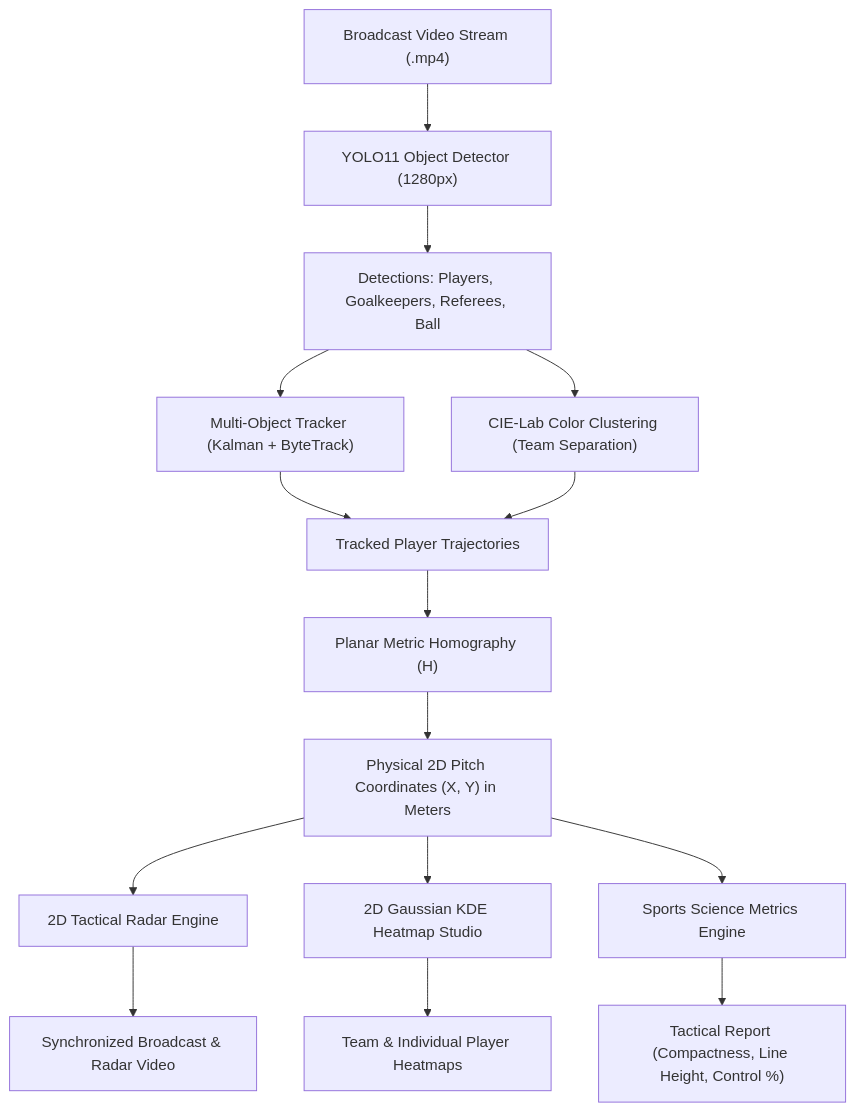
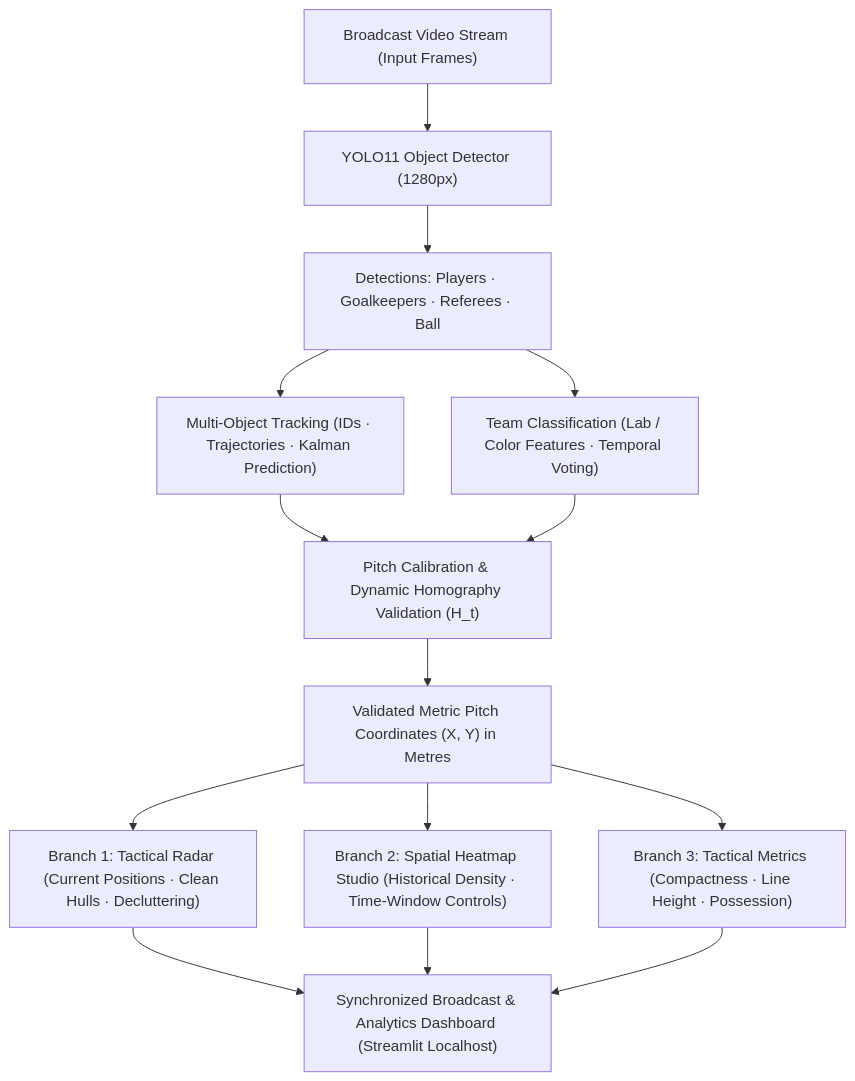
One commit to parthbompilwar-lang/ODS changed the diagram in TACTICAL_RADAR_PROJECT_REPORT.md. Above: the diagram before and after it, drawn with Mermaid. The commit also changed other lines of this file and 4 other files, not shown here.

Commit message:
feat: complete professional tactical radar, dynamic pitch tracking, and report

````diff
--- a/TACTICAL_RADAR_PROJECT_REPORT.md
+++ b/TACTICAL_RADAR_PROJECT_REPORT.md
@@ -25,17 +26,21 @@
 ```mermaid
 flowchart TD
-    A["Broadcast Video Stream (.mp4)"] --> B["YOLO11 Object Detector (1280px)"]
-    B --> C["Detections: Players, Goalkeepers, Referees, Ball"]
-    C --> D["Multi-Object Tracker (Kalman + ByteTrack)"]
-    C --> E["CIE-Lab Color Clustering (Team Separation)"]
-    D --> F["Tracked Player Trajectories"]
+    A["Broadcast Video Stream (Input Frames)"] --> B["YOLO11 Object Detector (1280px)"]
+    B --> C["Detections: Players · Goalkeepers · Referees · Ball"]
+    
+    C --> D["Multi-Object Tracking (IDs · Trajectories · Kalman Prediction)"]
+    C --> E["Team Classification (Lab / Color Features · Temporal Voting)"]
+    
+    D --> F["Pitch Calibration & Dynamic Homography Validation (H_t)"]
     E --> F
-    F --> G["Planar Metric Homography (H)"]
-    G --> H["Physical 2D Pitch Coordinates (X, Y) in Meters"]
-    H --> I["2D Tactical Radar Engine"]
-    H --> J["2D Gaussian KDE Heatmap Studio"]
-    H --> K["Sports Science Metrics Engine"]
-    I --> L["Synchronized Broadcast & Radar Video"]
-    J --> M["Team & Individual Player Heatmaps"]
-    K --> N["Tactical Report (Compactness, Line Height, Control %)"]
+    
+    F --> G["Validated Metric Pitch Coordinates (X, Y) in Metres"]
+    
+    G --> H["Branch 1: Tactical Radar (Current Positions · Clean Hulls · Decluttering)"]
+    G --> I["Branch 2: Spatial Heatmap Studio (Historical Density · Time-Window Controls)"]
+    G --> J["Branch 3: Tactical Metrics (Compactness · Line Height · Possession)"]
+    
+    H --> K["Synchronized Broadcast & Analytics Dashboard (Streamlit Localhost)"]
+    I --> K
+    J --> K
 ```
````
